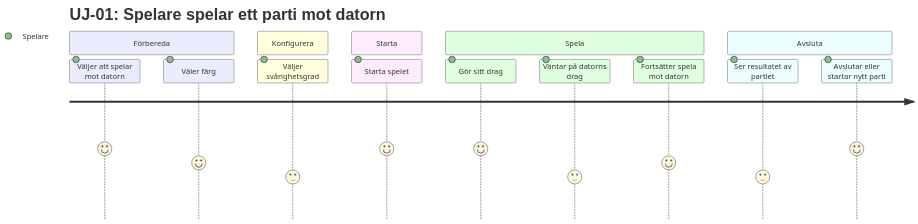
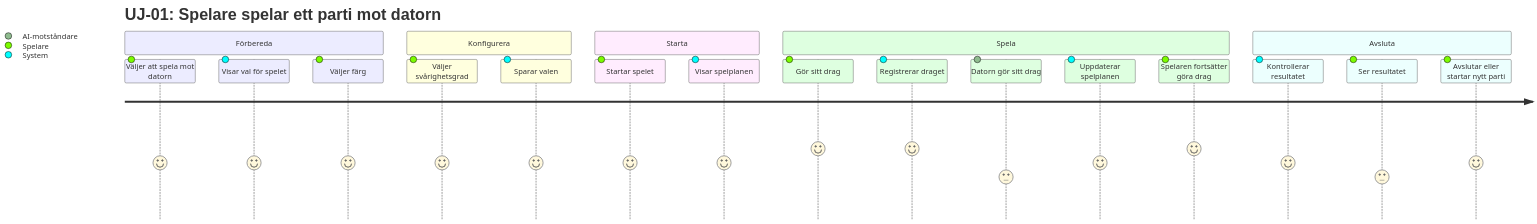
One commit to SebTns/Gomoku changed the diagram in docs/requirements/06-user-journey.md. Above: the diagram before and after it, drawn with Mermaid.

Commit message:
Update user journey for game against AI

````diff
--- a/docs/requirements/06-user-journey.md
+++ b/docs/requirements/06-user-journey.md
@@ -6,22 +6,28 @@
 ```mermaid
 journey
     title UJ-01: Spelare spelar ett parti mot datorn
-     section Förbereda
-        Väljer att spelar mot datorn: 5: Spelare
-        Väler färg: 4: Spelare
+   section Förbereda
+      Väljer att spela mot datorn: 4: Spelare
+      Visar val för spelet: 4: System
+      Väljer färg: 4: Spelare
 
     section Konfigurera
-      Väljer svårighetsgrad: 3: Spelare
+      Väljer svårighetsgrad: 4: Spelare
+      Sparar valen: 4: System
 
     section Starta
-        Starta spelet: 5: Spelare
+      Startar spelet: 4: Spelare
+      Visar spelplanen: 4: System
 
-      section Spela
+    section Spela
       Gör sitt drag: 5: Spelare
-      Väntar på datorns drag: 3: Spelare
-      Fortsätter spela mot datorn: 4: Spelare
+      Registrerar draget: 5: System
+      Datorn gör sitt drag: 3: AI-motståndare
+      Uppdaterar spelplanen: 4: System
+      Spelaren fortsätter göra drag: 5: Spelare
 
     section Avsluta
-      Ser resultatet av partiet: 3: Spelare
-      Avslutar eller startar nytt parti: 5: Spelare
+      Kontrollerar resultatet: 4: System
+      Ser resultatet: 3: Spelare
+      Avslutar eller startar nytt parti: 4: Spelare
 ```
````
